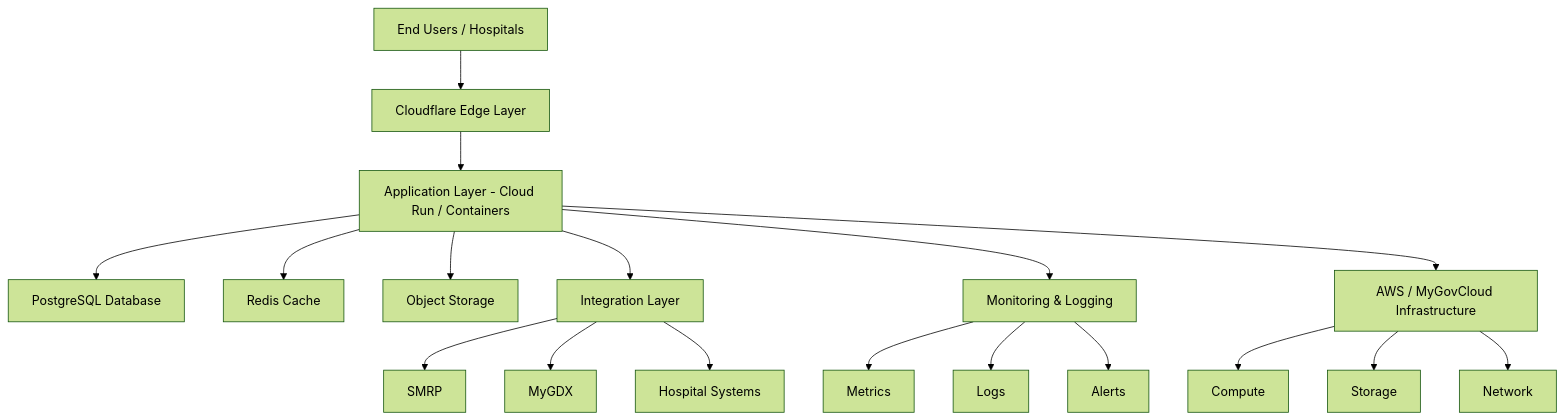
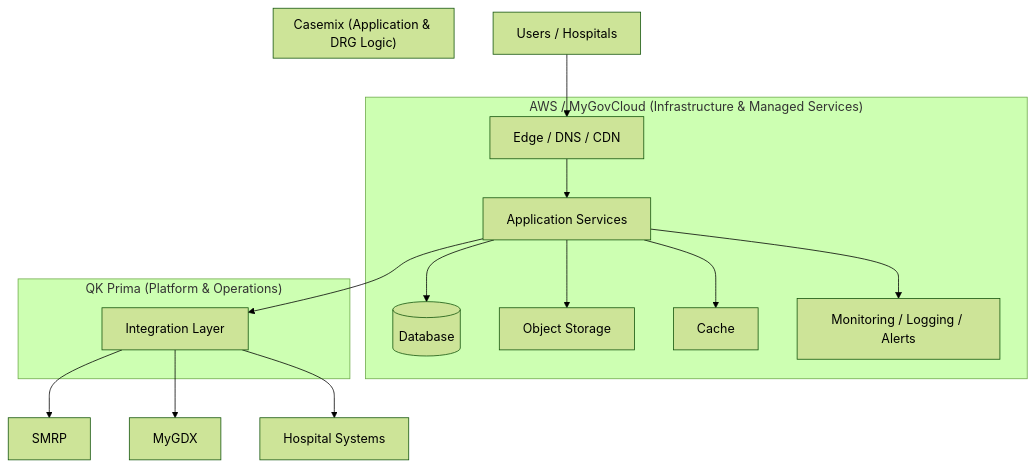
Before and after one commit to vjbollavarapu/drg-tender: the diagram in documentation/06-platform-architecture.md, drawn with Mermaid (forest theme). The commit also changed other lines of this file, not shown here.

Commit message:
Revise platform architecture documentation

````diff
--- a/documentation/06-platform-architecture.md
+++ b/documentation/06-platform-architecture.md
@@ -15,25 +11,44 @@
 ```mermaid
 flowchart TB
-    A[End Users / Hospitals] --> B[Cloudflare Edge Layer]
 
-    B --> C[Application Layer - Cloud Run / Containers]
+    %% Users
+    U[Users / Hospitals] --> EDGE[Edge / DNS / CDN]
 
-    C --> D[PostgreSQL Database]
-    C --> E[Redis Cache]
-    C --> F[Object Storage]
+    %% App
+    EDGE --> APP[Application Services]
 
-    C --> G[Integration Layer]
-    G --> G1[SMRP]
-    G --> G2[MyGDX]
-    G --> G3[Hospital Systems]
+    %% Data
+    APP --> DB[(Database)]
+    APP --> OBJ[Object Storage]
+    APP --> CACHE[Cache]
 
-    C --> H[Monitoring & Logging]
-    H --> H1[Metrics]
-    H --> H2[Logs]
-    H --> H3[Alerts]
+    %% Integration
+    APP --> INT[Integration Layer]
+    INT --> EXT1[SMRP]
+    INT --> EXT2[MyGDX]
+    INT --> EXT3[Hospital Systems]
 
-    C --> I[AWS / MyGovCloud Infrastructure]
-    I --> I1[Compute]
-    I --> I2[Storage]
-    I --> I3[Network]
+    %% Observability
+    APP --> OBS[Monitoring / Logging / Alerts]
+
+    %% AWS Layer
+    subgraph AWS["AWS / MyGovCloud (Infrastructure & Managed Services)"]
+        EDGE
+        APP
+        DB
+        OBJ
+        CACHE
+        OBS
+    end
+
+    %% Casemix Layer
+    subgraph CASEMIX["Casemix (Application & DRG Logic)"]
+        APP
+    end
+
+    %% QK Prima Layer
+    subgraph QKP["QK Prima (Platform & Operations)"]
+        INT
+        OBS
+    end
 ```
````
